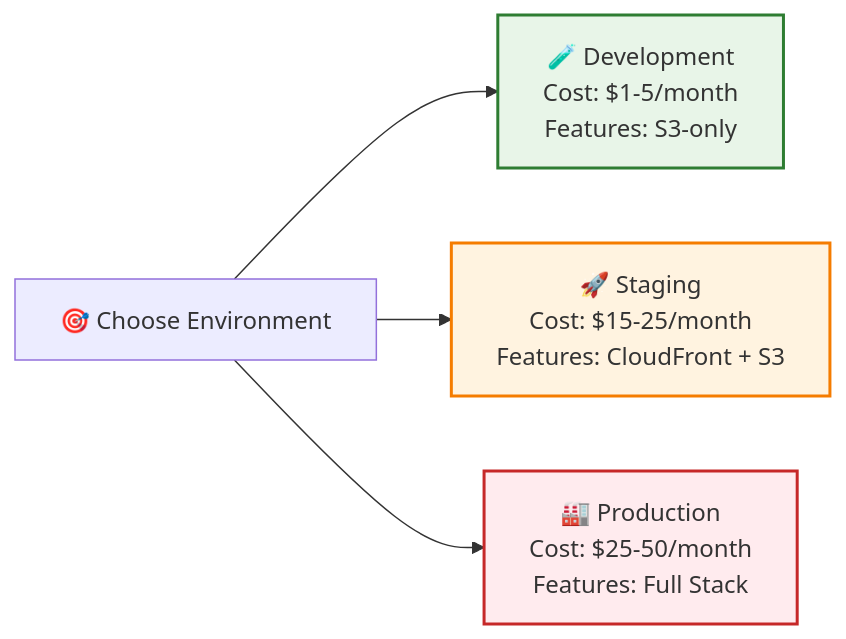
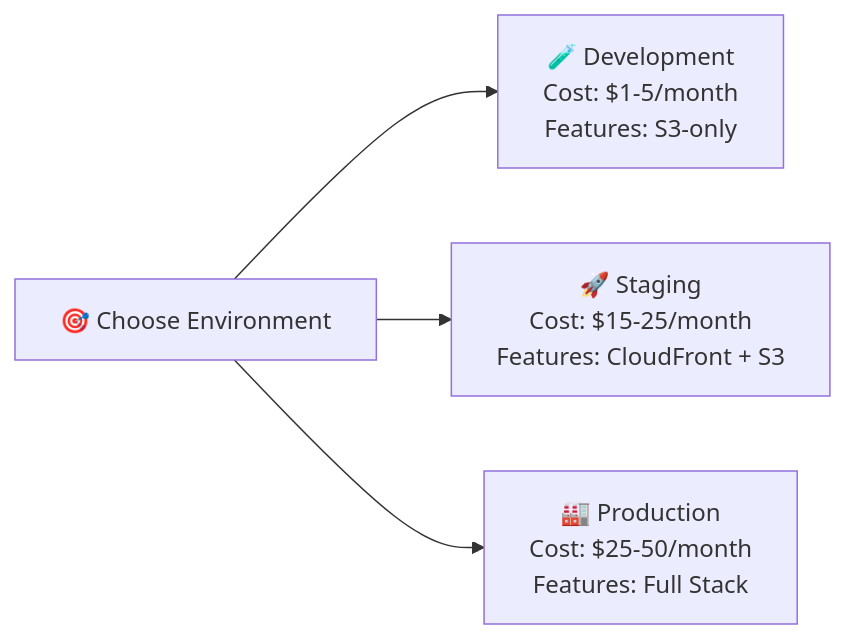
The first of 2 diagrams in docs/quickstart.md (Celtikill/static-site), drawn with Mermaid before and after one commit. The commit also changed other lines of this file and 5 other files, not shown here.

````diff
--- a/docs/quickstart.md
+++ b/docs/quickstart.md
@@ -63,14 +63,8 @@
 ```mermaid
 graph LR
     A["🎯 Choose Environment"] --> B["🧪 Development<br/>Cost: $1-5/month<br/>Features: S3-only"]
     A --> C["🚀 Staging<br/>Cost: $15-25/month<br/>Features: CloudFront + S3"]
     A --> D["🏭 Production<br/>Cost: $25-50/month<br/>Features: Full Stack"]
 
-    classDef devStyle fill:#e8f5e8,stroke:#2e7d32,stroke-width:2px
-    classDef stagingStyle fill:#fff3e0,stroke:#f57c00,stroke-width:2px
-    classDef prodStyle fill:#ffebee,stroke:#c62828,stroke-width:2px
 
-    class B devStyle
-    class C stagingStyle
-    class D prodStyle
 ```
````
